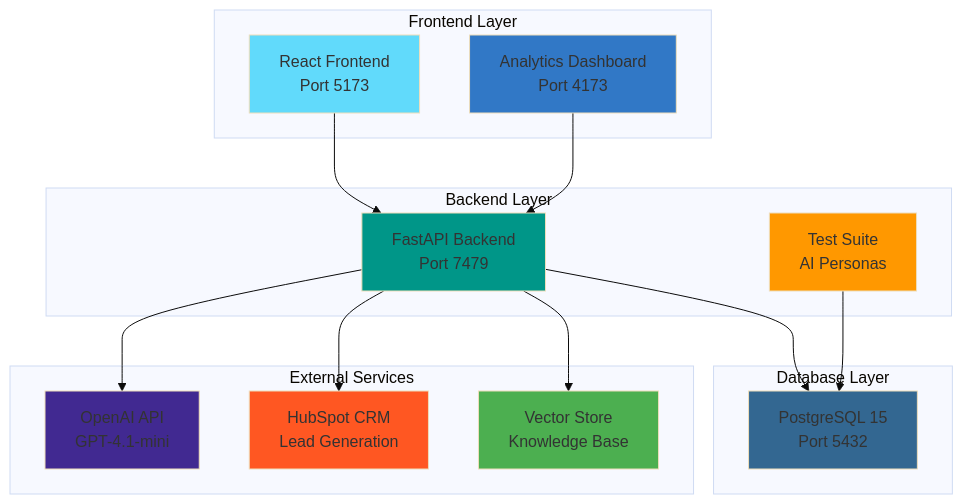
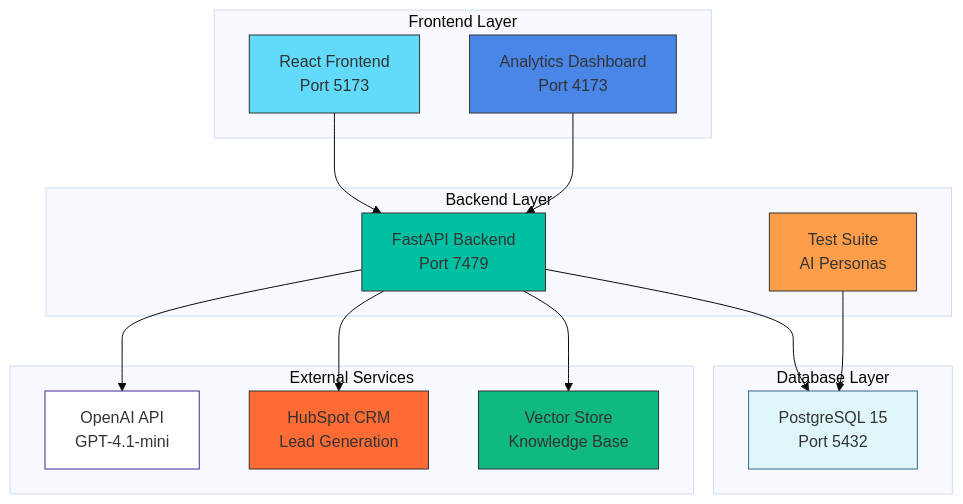
One commit to shahshlok/AnytimeFitnessAgent changed the first of 4 diagrams in README.md. Above: the diagram before and after it, drawn with Mermaid (base theme). The commit also changed other lines of this file, not shown here.

````diff
--- a/README.md
+++ b/README.md
@@ -43,39 +43,39 @@
 ```mermaid
 graph TB
     subgraph "Frontend Layer"
         A[React Frontend<br/>Port 5173]
         B[Analytics Dashboard<br/>Port 4173]
     end
     
     subgraph "Backend Layer"
         C[FastAPI Backend<br/>Port 7479]
         D[Test Suite<br/>AI Personas]
     end
     
     subgraph "Database Layer"
         E[PostgreSQL 15<br/>Port 5432]
     end
     
     subgraph "External Services"
         F[OpenAI API<br/>GPT-4.1-mini]
         G[HubSpot CRM<br/>Lead Generation]
         H[Vector Store<br/>Knowledge Base]
     end
     
     A --> C
     B --> C
     C --> E
     D --> E
     C --> F
     C --> G
     C --> H
     
-    style A fill:#61DAFB
-    style B fill:#3178C6
-    style C fill:#009688
-    style D fill:#FF9800
-    style E fill:#336791
-    style F fill:#412991
-    style G fill:#FF5722
-    style H fill:#4CAF50
+    style A fill:#61DAFB,stroke:#333,stroke-width:1px
+    style B fill:#4A86E8,stroke:#333,stroke-width:1px
+    style C fill:#00C0A3,stroke:#333,stroke-width:1px
+    style D fill:#FF9E4A,stroke:#333,stroke-width:1px
+    style E fill:#E0F7FA,stroke:#336791,stroke-width:1px
+    style F fill:#FFFFFF,stroke:#412991,stroke-width:1px
+    style G fill:#FF6B35,stroke:#333,stroke-width:1px
+    style H fill:#10B981,stroke:#333,stroke-width:1px
 ```
````
